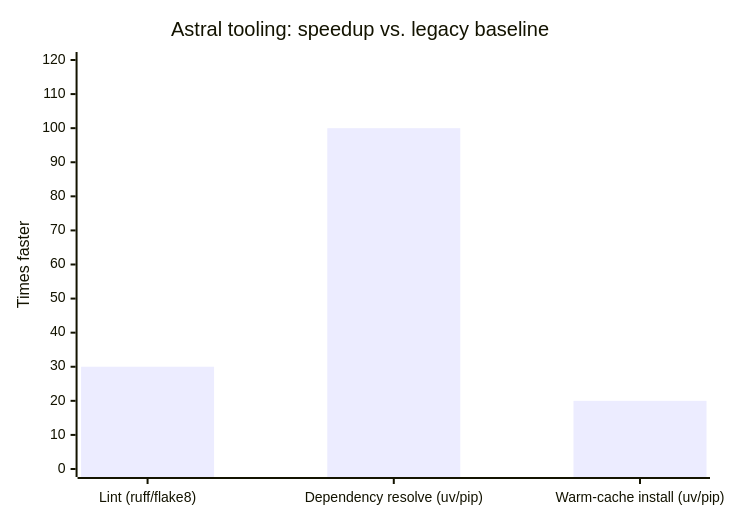
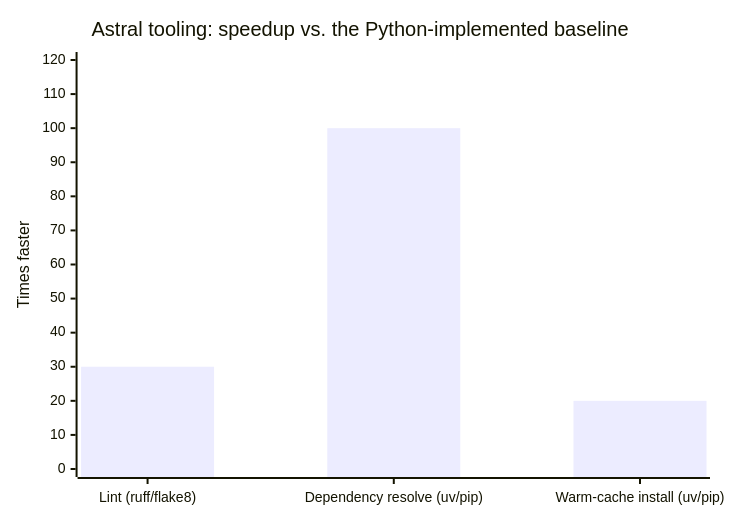
One commit to rppol/system-design changed the fourth of 4 diagrams in src/main/java/com/rutik/systemdesign/python/packaging_and_project_tooling/README.md. Above: the diagram before and after it, drawn with Mermaid. The commit also changed other lines of this file and 12 other files, not shown here.

````diff
--- a/src/main/java/com/rutik/systemdesign/python/packaging_and_project_tooling/README.md
+++ b/src/main/java/com/rutik/systemdesign/python/packaging_and_project_tooling/README.md
@@ -520,7 +520,7 @@
 ```mermaid
 xychart-beta
-    title "Astral tooling: speedup vs. legacy baseline"
+    title "Astral tooling: speedup vs. the Python-implemented baseline"
     x-axis ["Lint (ruff/flake8)", "Dependency resolve (uv/pip)", "Warm-cache install (uv/pip)"]
     y-axis "Times faster" 0 --> 120
     bar [30, 100, 20]
 ```
````
